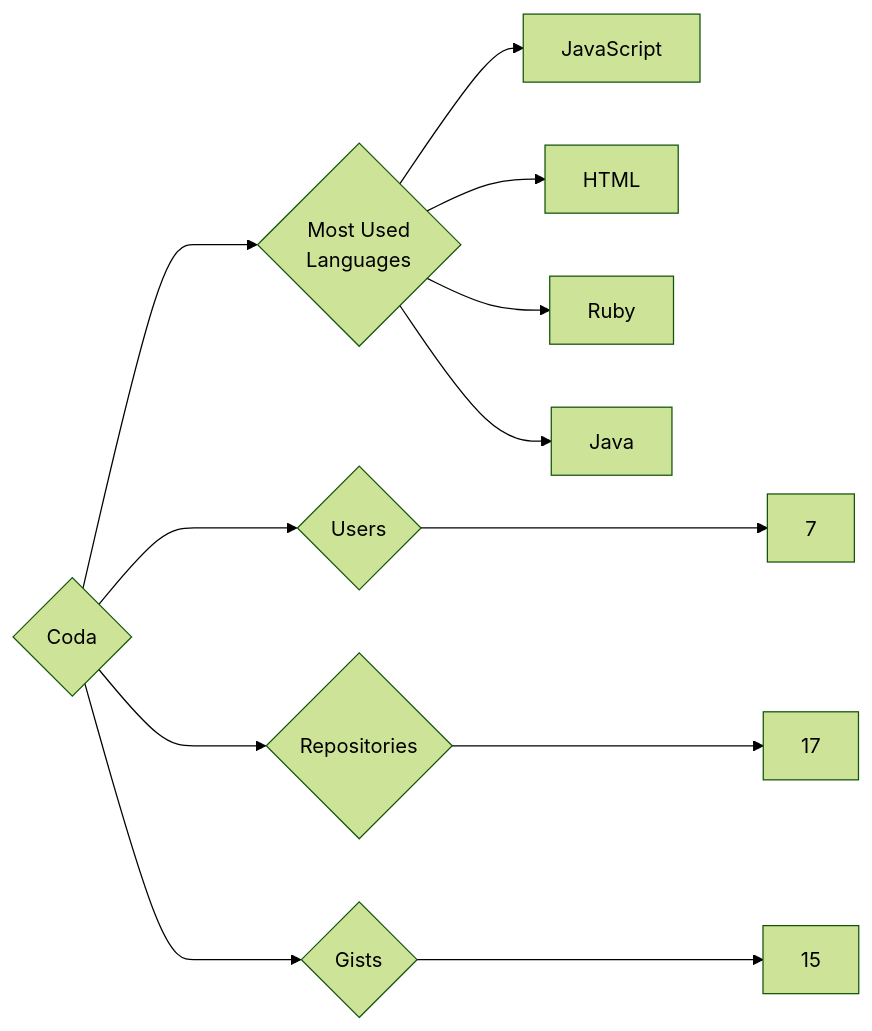
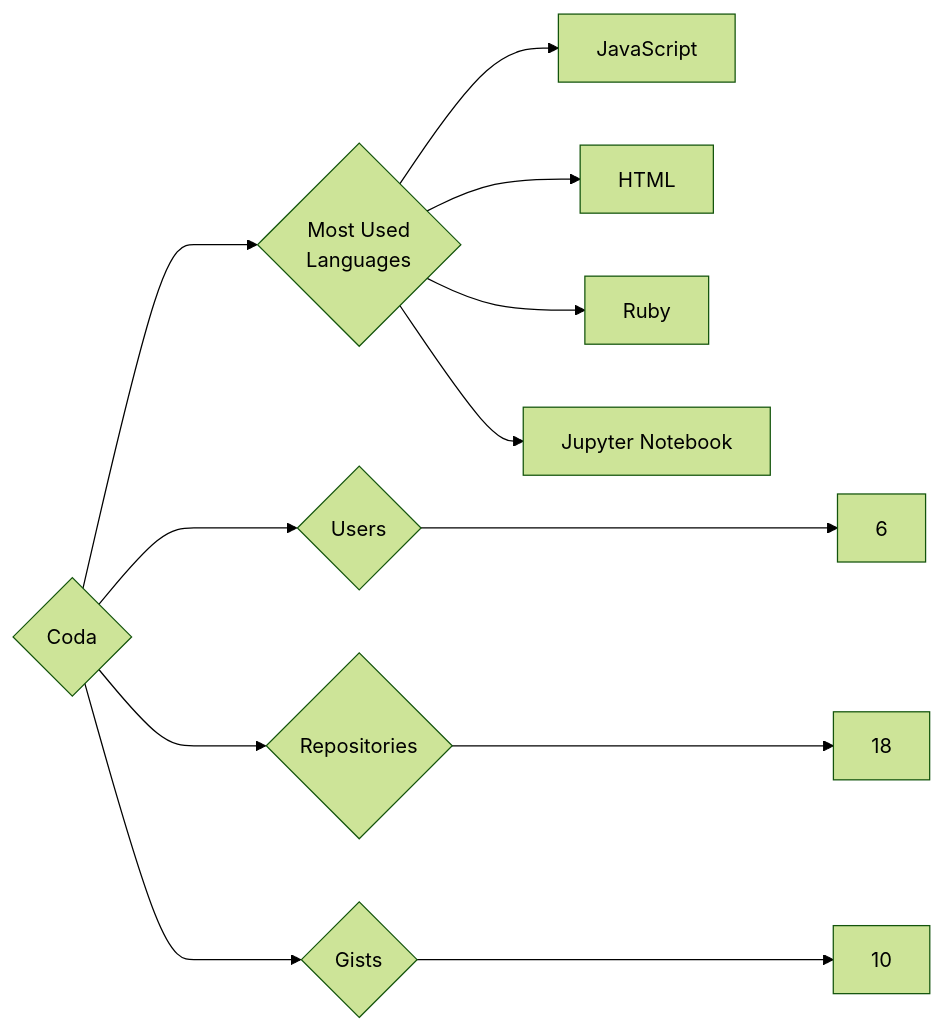
The diagram in targets/Coda/README.md (trickest/insiders), drawn with Mermaid (forest theme) before and after one commit. The commit also changed 783 other files, not shown here.

````diff
--- a/targets/Coda/README.md
+++ b/targets/Coda/README.md
@@ -3,12 +3,12 @@
 ```mermaid
 graph LR
 COMPANY_NAME{Coda}
-COMPANY_NAME ---> U{Users} ---> UN[7]
-COMPANY_NAME ---> R{Repositories} ---> RN[17]
-COMPANY_NAME ---> G{Gists} ---> GN[15]
+COMPANY_NAME ---> U{Users} ---> UN[6]
+COMPANY_NAME ---> R{Repositories} ---> RN[18]
+COMPANY_NAME ---> G{Gists} ---> GN[10]
 COMPANY_NAME ---> ML{Most Used<br>Languages}
 ML --> JavaScript[JavaScript]
 ML --> HTML[HTML]
 ML --> Ruby[Ruby]
-ML --> Java[Java]
+ML --> Jupyter_Notebook[Jupyter Notebook]
 ```
````
